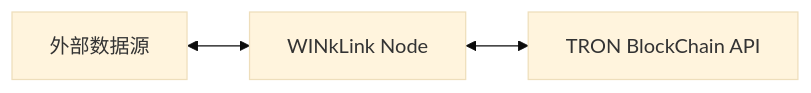
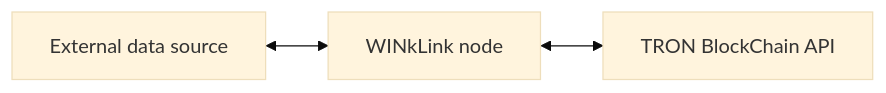
The first of 3 diagrams in docs/architecture.md (wink-link/winklink-doc), drawn with Mermaid (base theme) before and after one commit. The commit also changed other lines of this file and 21 other files, not shown here.

````diff
--- a/docs/architecture.md
+++ b/docs/architecture.md
@@ -6,4 +6,4 @@
 ```mermaid
 flowchart LR
-    外部数据源 <--> B[WINkLink Node] <--> C[TRON BlockChain API]
+    A[External data source] <--> B[WINkLink node] <--> C[TRON BlockChain API]
 ```
````
